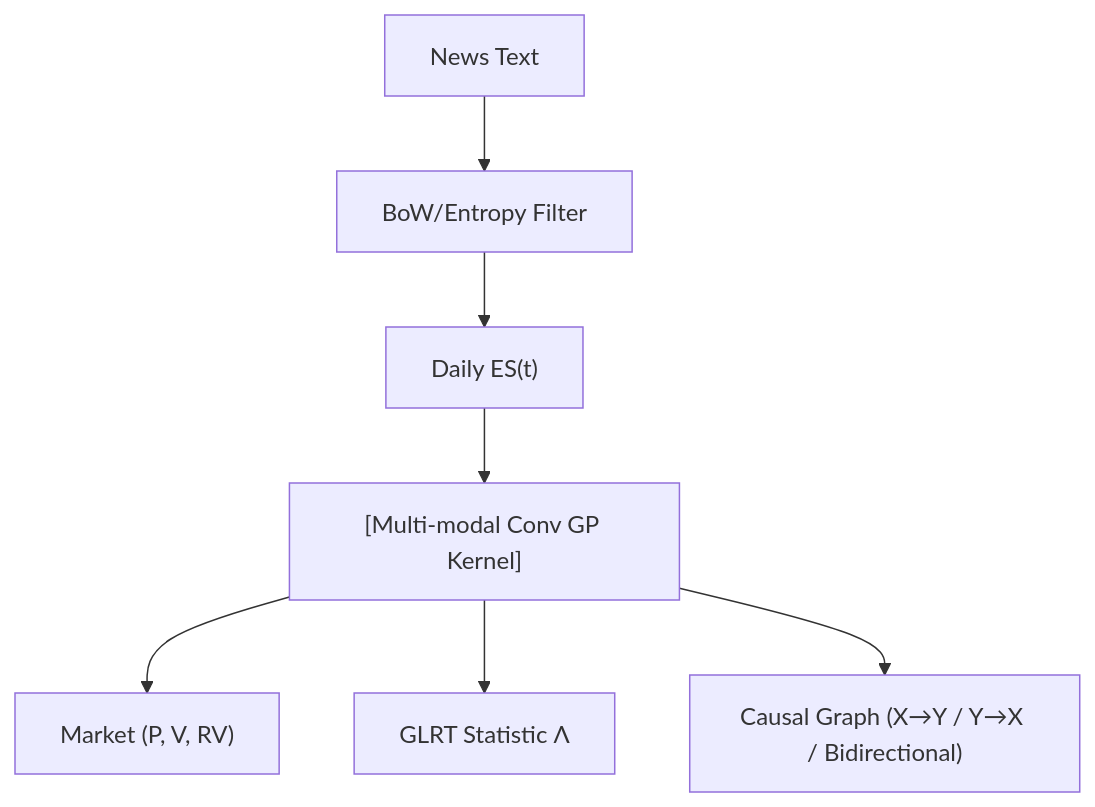
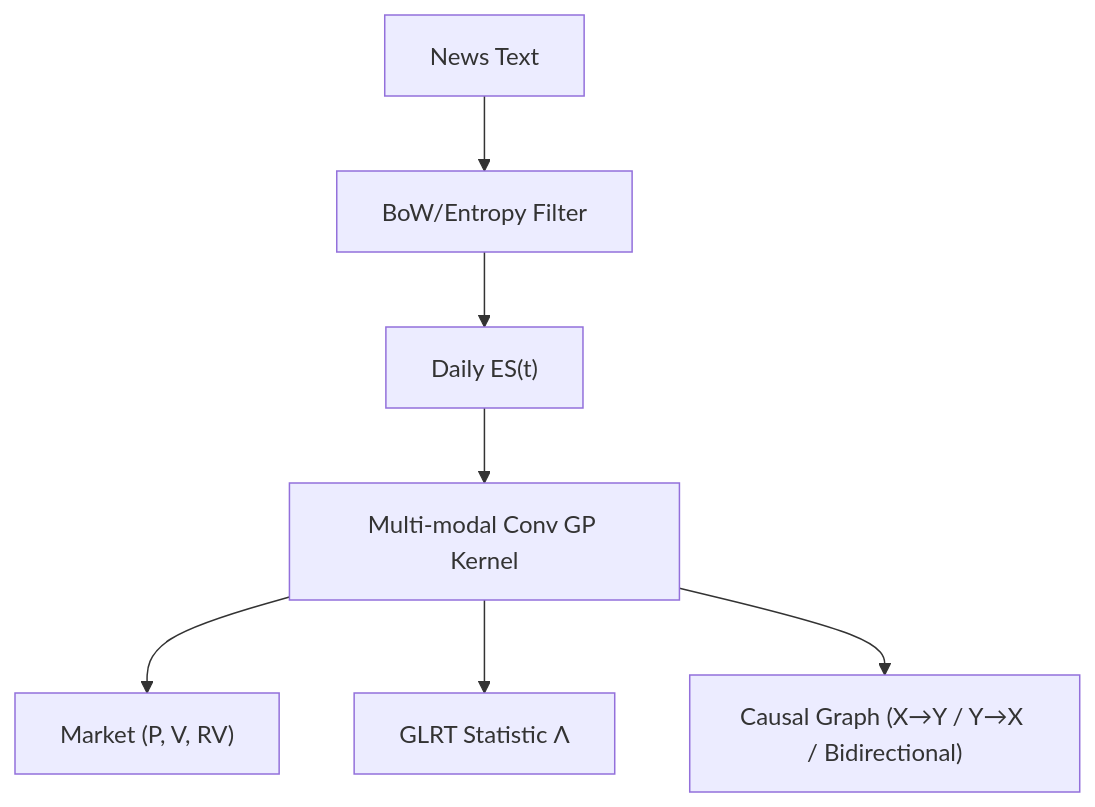
Before and after one commit to sou350121/Trading-Handbook: the diagram in foundations/causal-structural/art-318.md, drawn with Mermaid. The commit also changed other lines of this file and 191 other files, not shown here.

First line of the commit message:
render: fix math + mermaid for GitHub across the corpus (188 pages)

````diff
--- a/foundations/causal-structural/art-318.md
+++ b/foundations/causal-structural/art-318.md
@@ -32,9 +32,9 @@
 ```mermaid
 flowchart TD
     A["News Text"] --> B["BoW/Entropy Filter"]
     B["BoW/Entropy Filter"] --> C["Daily ES(t)"]
-    C["Daily ES(t)"] --> E["[Multi-modal Conv GP Kernel]"]
-    E["[Multi-modal Conv GP Kernel]"] --> D["Market (P, V, RV)"]
-    E["[Multi-modal Conv GP Kernel]"] --> F["GLRT Statistic Λ"]
-    E["[Multi-modal Conv GP Kernel]"] --> G["Causal Graph (X→Y / Y→X / Bidirectional)"]
+    C["Daily ES(t)"] --> E["Multi-modal Conv GP Kernel"]
+    E["Multi-modal Conv GP Kernel"] --> D["Market (P, V, RV)"]
+    E["Multi-modal Conv GP Kernel"] --> F["GLRT Statistic Λ"]
+    E["Multi-modal Conv GP Kernel"] --> G["Causal Graph (X→Y / Y→X / Bidirectional)"]
 ```
````
